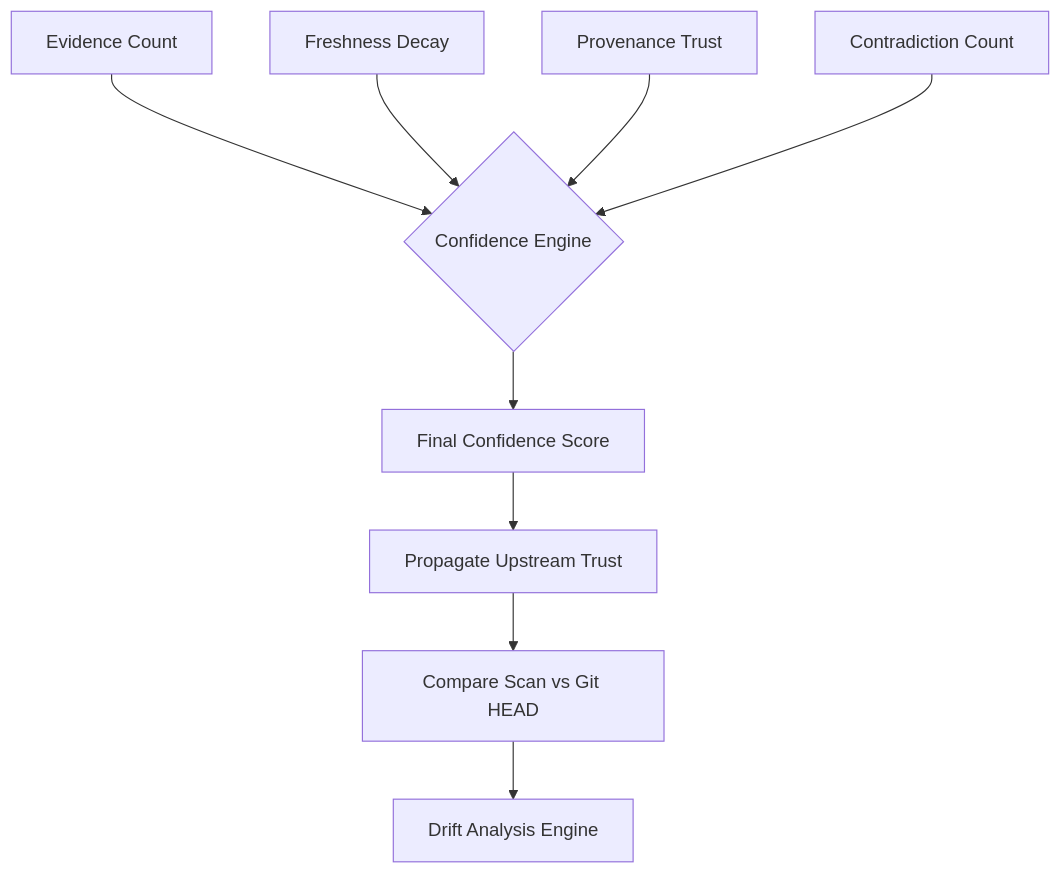
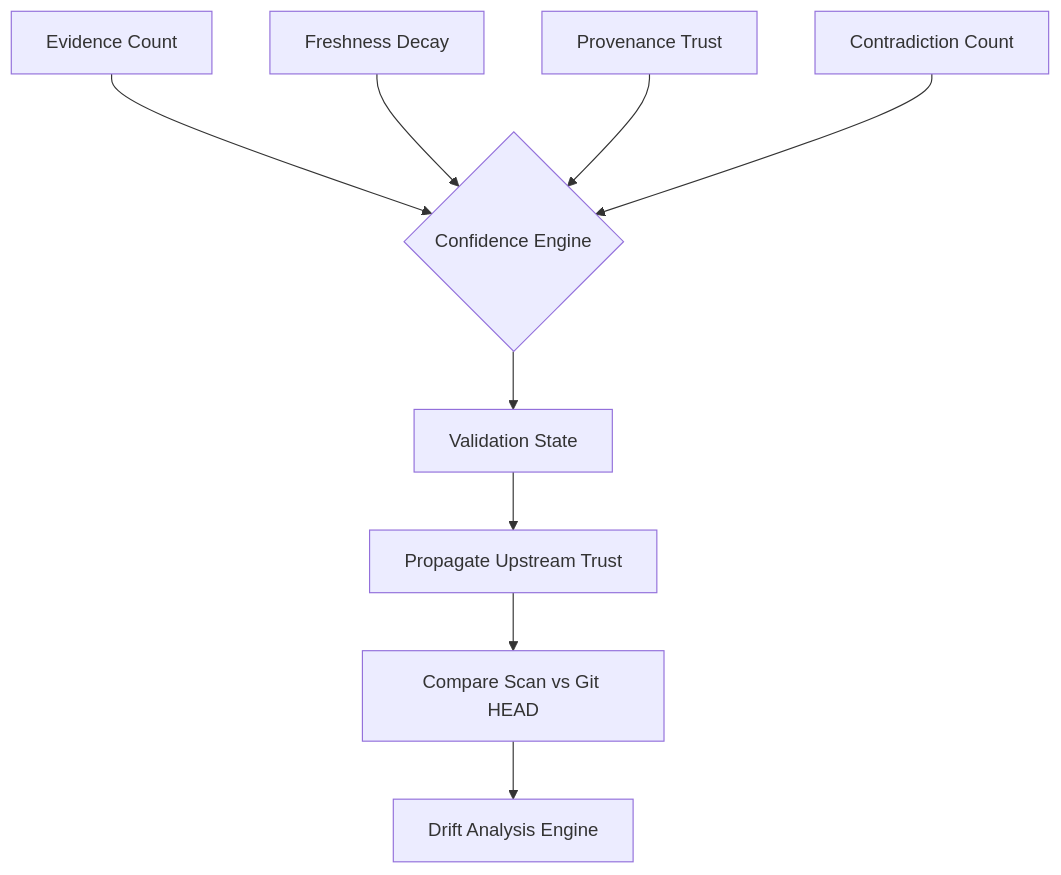
Before and after one commit to saahilpal/synapse: the second of 5 diagrams in docs/architecture/cognition.md, drawn with Mermaid. The commit also changed other lines of this file and 7 other files, not shown here.

Commit message:
refactor(architecture): converge terminology around temporal context substrate

````diff
--- a/docs/architecture/cognition.md
+++ b/docs/architecture/cognition.md
@@ -37,12 +37,12 @@
 ```mermaid
 graph TD
     Evidence[Evidence Count] --> Score{Confidence Engine}
     Freshness[Freshness Decay] --> Score
     Trust[Provenance Trust] --> Score
     Contradict[Contradiction Count] --> Score
-    Score --> FinalScore[Final Confidence Score]
+    Score --> FinalScore[Validation State]
     
     FinalScore --> Propagate[Propagate Upstream Trust]
     Propagate --> GitDiff[Compare Scan vs Git HEAD]
     GitDiff --> Drift[Drift Analysis Engine]
 ```
````
